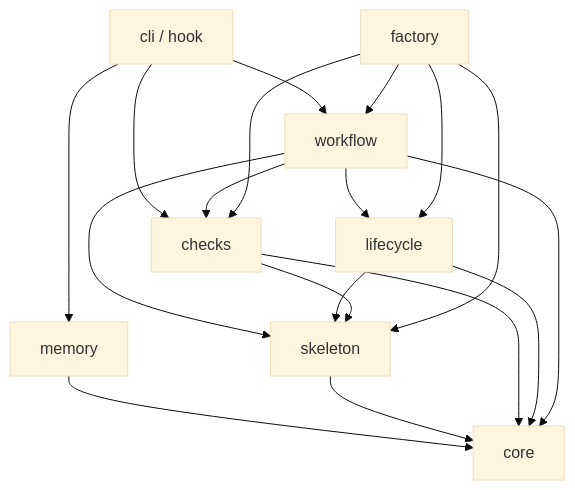
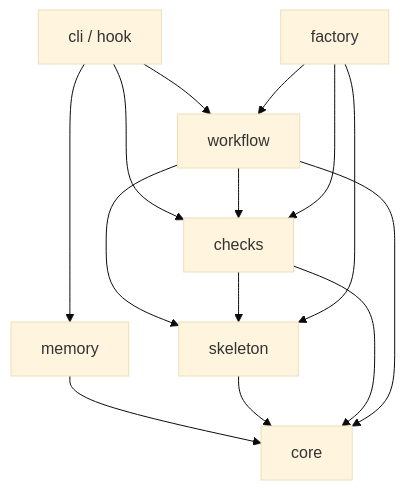
Before and after one commit to freakybridge/BridgePilot: the diagram in doc/0_architecture/design/source-workspace.md, drawn with Mermaid (base theme). The commit also changed other lines of this file and 173 other files, not shown here.

````diff
--- a/doc/0_architecture/design/source-workspace.md
+++ b/doc/0_architecture/design/source-workspace.md
@@ -19,20 +18,16 @@
 ```mermaid
 flowchart TD
   CLI[cli / hook] --> Workflow[workflow]
   CLI --> Checks[checks]
   CLI --> Memory[memory]
-  Workflow --> Lifecycle[lifecycle]
   Workflow --> Skeleton[skeleton]
   Workflow --> Checks
-  Lifecycle --> Skeleton
   Checks --> Skeleton
   Factory[factory] --> Workflow
-  Factory --> Lifecycle
   Factory --> Skeleton
   Factory --> Checks
   Memory --> Core[core]
   Skeleton --> Core
   Checks --> Core
-  Lifecycle --> Core
   Workflow --> Core
 ```
````
